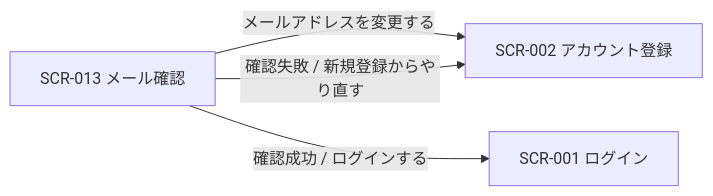
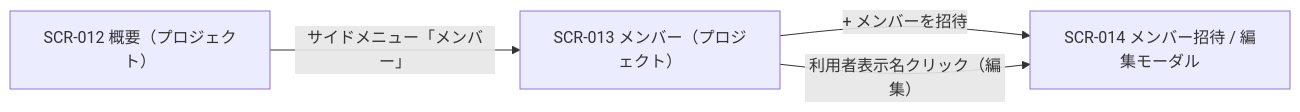
Before and after one commit to sikakou54/open-faq: the diagram in 02_basic_design/01_screens/SCR-013.md, drawn with Mermaid. The commit also changed other lines of this file and 617 other files, not shown here.

````diff
--- a/02_basic_design/01_screens/SCR-013.md
+++ b/02_basic_design/01_screens/SCR-013.md
@@ -35,9 +37,9 @@
 ```mermaid
 flowchart LR
-  S1["SCR-013 メール確認"]
-  S2["SCR-002 アカウント登録"]
-  S3["SCR-001 ログイン"]
-  S1 -->|メールアドレスを変更する| S2
-  S1 -->|確認失敗 / 新規登録からやり直す| S2
-  S1 -->|確認成功 / ログインする| S3
+  S1["SCR-013 メンバー（プロジェクト）"]
+  S2["SCR-014 メンバー招待 / 編集モーダル"]
+  S0["SCR-012 概要（プロジェクト）"]
+  S0 -->|サイドメニュー「メンバー」| S1
+  S1 -->|+ メンバーを招待| S2
+  S1 -->|利用者表示名クリック（編集）| S2
 ```
````
